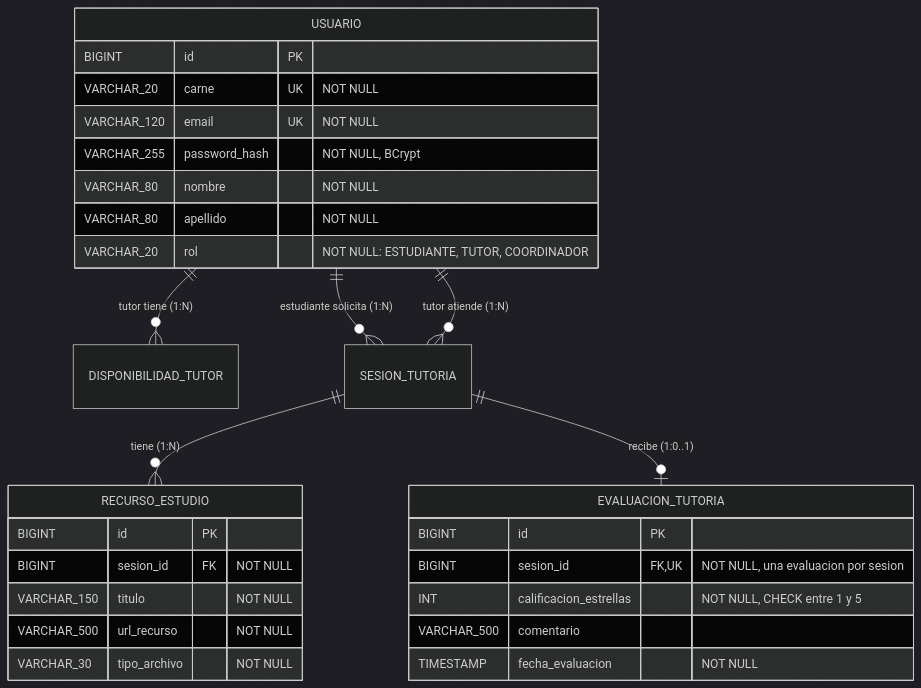
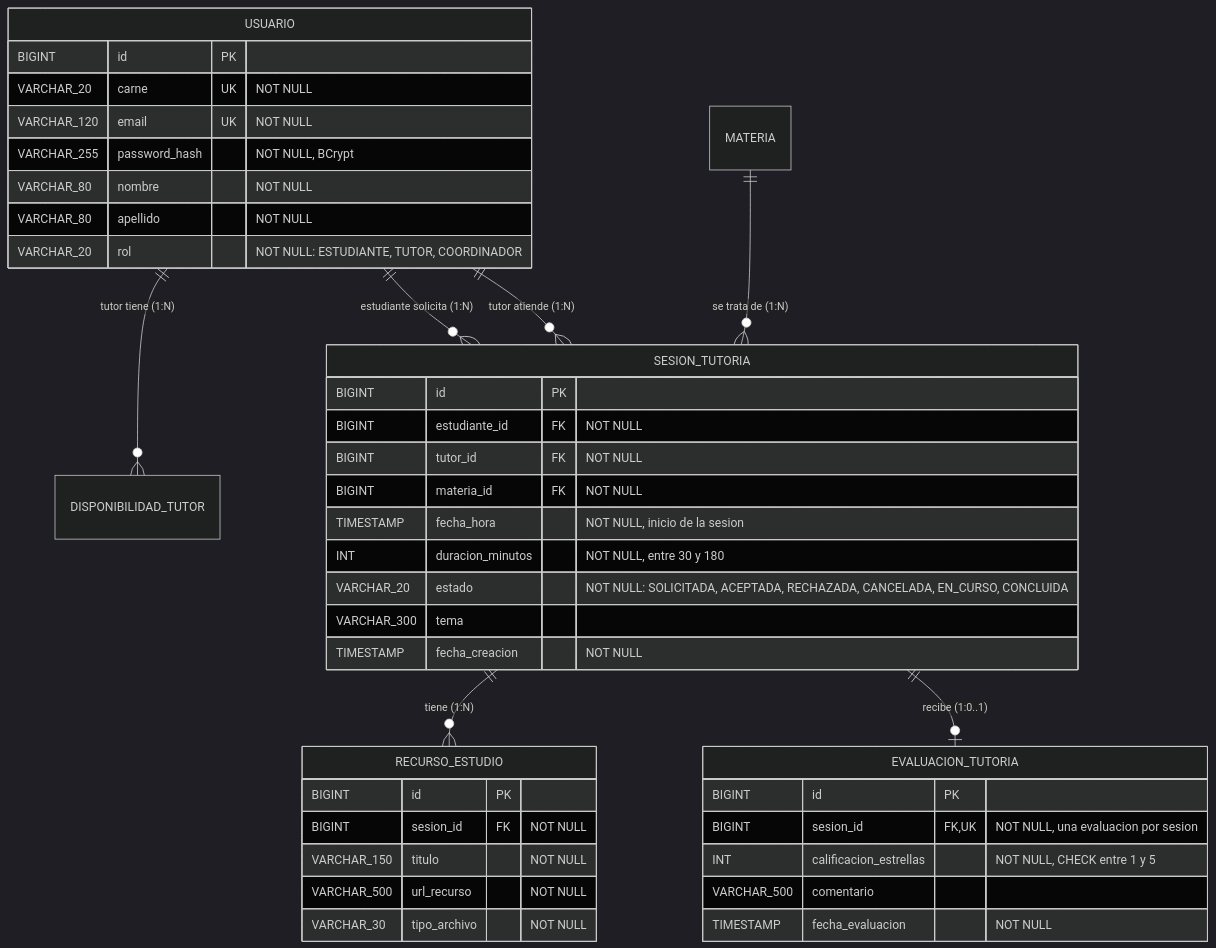
Before and after one commit to danielatames/dsw4-2026-equipo3-edumentor-backend: the diagram in docs/erd.md, drawn with Mermaid (dark theme). The commit also changed 1 other file, not shown here.

Commit message:
docs: agregar endpoints de sesiones al README y tabla SESION_TUTORIA al ERD

````diff
--- a/docs/erd.md
+++ b/docs/erd.md
@@ -3,31 +3,43 @@
 ```mermaid
 erDiagram
     USUARIO {
         BIGINT id PK
         VARCHAR_20 carne UK "NOT NULL"
         VARCHAR_120 email UK "NOT NULL"
         VARCHAR_255 password_hash "NOT NULL, BCrypt"
         VARCHAR_80 nombre "NOT NULL"
         VARCHAR_80 apellido "NOT NULL"
         VARCHAR_20 rol "NOT NULL: ESTUDIANTE, TUTOR, COORDINADOR"
+    }
+    SESION_TUTORIA {
+        BIGINT id PK
+        BIGINT estudiante_id FK "NOT NULL"
+        BIGINT tutor_id FK "NOT NULL"
+        BIGINT materia_id FK "NOT NULL"
+        TIMESTAMP fecha_hora "NOT NULL, inicio de la sesion"
+        INT duracion_minutos "NOT NULL, entre 30 y 180"
+        VARCHAR_20 estado "NOT NULL: SOLICITADA, ACEPTADA, RECHAZADA, CANCELADA, EN_CURSO, CONCLUIDA"
+        VARCHAR_300 tema
+        TIMESTAMP fecha_creacion "NOT NULL"
     }
     RECURSO_ESTUDIO {
         BIGINT id PK
         BIGINT sesion_id FK "NOT NULL"
         VARCHAR_150 titulo "NOT NULL"
         VARCHAR_500 url_recurso "NOT NULL"
         VARCHAR_30 tipo_archivo "NOT NULL"
     }
     EVALUACION_TUTORIA {
         BIGINT id PK
         BIGINT sesion_id FK,UK "NOT NULL, una evaluacion por sesion"
         INT calificacion_estrellas "NOT NULL, CHECK entre 1 y 5"
         VARCHAR_500 comentario
         TIMESTAMP fecha_evaluacion "NOT NULL"
     }
     USUARIO ||--o{ DISPONIBILIDAD_TUTOR : "tutor tiene (1:N)"
     USUARIO ||--o{ SESION_TUTORIA : "estudiante solicita (1:N)"
     USUARIO ||--o{ SESION_TUTORIA : "tutor atiende (1:N)"
+    MATERIA ||--o{ SESION_TUTORIA : "se trata de (1:N)"
     SESION_TUTORIA ||--o{ RECURSO_ESTUDIO : "tiene (1:N)"
     SESION_TUTORIA ||--o| EVALUACION_TUTORIA : "recibe (1:0..1)"
 ```
````
